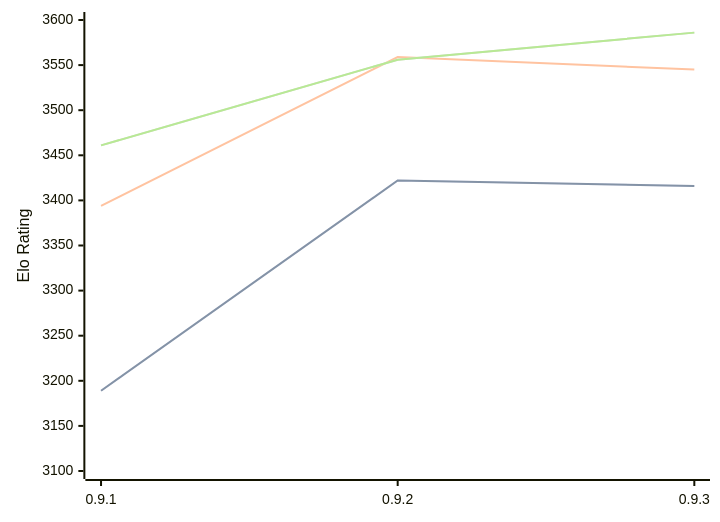
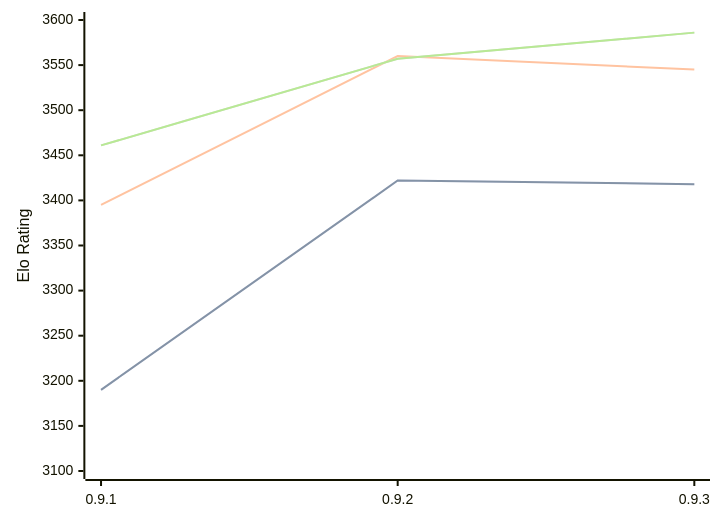
One commit to computer-chess-index/cci changed the diagram in engines/Coda.md. Above: the diagram before and after it, drawn with Mermaid. The commit also changed other lines of this file, not shown here.

Commit message:
Update CCI Ratings (ELO VLTC) - 2026-07-31

````diff
--- a/engines/Coda.md
+++ b/engines/Coda.md
@@ -33,11 +33,11 @@
 ```mermaid
 %%{init: {"theme":"base","themeVariables":{"seriesColors:['#a3a3a3','#222221','#faa371']}}}%%
 xychart-beta
   x-axis ["0.9.1", "0.9.2", "0.9.3"]
   y-axis "Elo Rating" 3100 --> 3600
-  line "STC (8.0+0.08s)" [3189, 3422, 3416]
-  line "STC (8.0+0.08s)" [3189, 3422, 3416]
-  line "LTC (60.0+0.60s)" [3394, 3559, 3545]
-  line "VLTC (2m24s+1.12s)" [3461, 3556, 3586]
-  line "VLTC (2m24s+1.12s)" [3461, 3556, 3586]
+  line "STC (8.0+0.08s)" [3190, 3422, 3418]
+  line "STC (8.0+0.08s)" [3190, 3422, 3418]
+  line "LTC (60.0+0.60s)" [3395, 3560, 3545]
+  line "VLTC (2m24s+1.12s)" [3461, 3557, 3586]
+  line "VLTC (2m24s+1.12s)" [3461, 3557, 3586]
 ```
````
